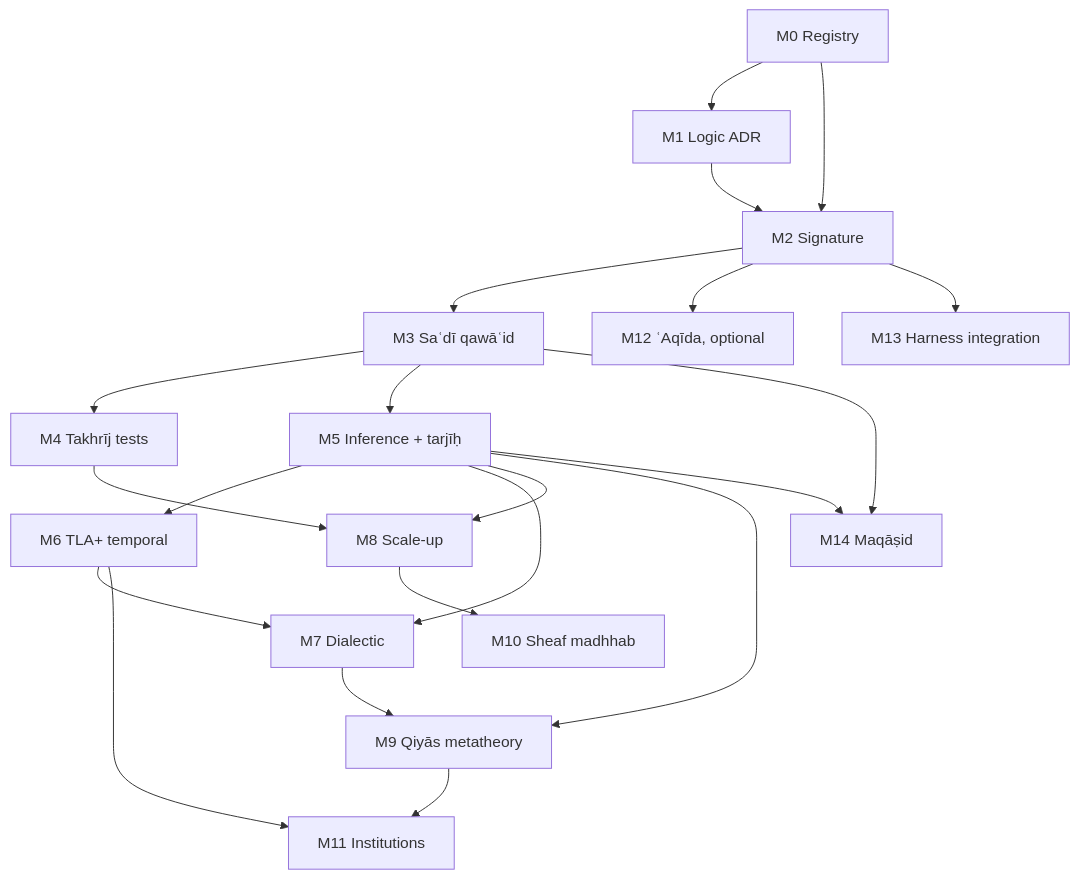
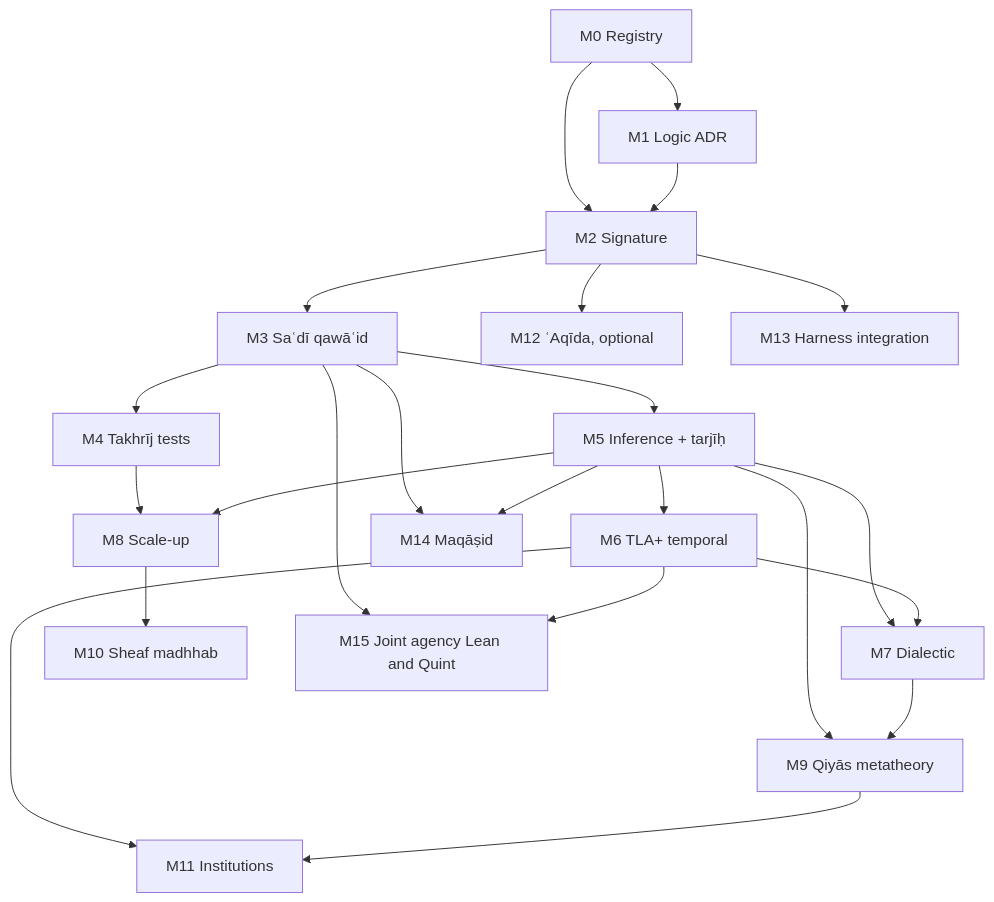
Before and after one commit to larsbx/usul-al-fiqh-deontic-circuits: the diagram in docs/roadmap-hanbali-usul-formalization.md, drawn with Mermaid. The commit also changed other lines of this file and 27 other files, not shown here.

Commit message:
Add source-linked joint-agency Lean and Quint pilot

````diff
--- a/docs/roadmap-hanbali-usul-formalization.md
+++ b/docs/roadmap-hanbali-usul-formalization.md
@@ -545,23 +560,25 @@
 ```mermaid
 graph TD
   M0[M0 Registry] --> M1[M1 Logic ADR]
   M0 --> M2[M2 Signature]
   M1 --> M2
   M2 --> M3[M3 Saʿdī qawāʿid]
   M3 --> M4[M4 Takhrīj tests]
   M3 --> M5[M5 Inference + tarjīḥ]
   M5 --> M6[M6 TLA+ temporal]
   M5 --> M7[M7 Dialectic]
   M6 --> M7
   M4 --> M8[M8 Scale-up]
   M5 --> M8
   M5 --> M9[M9 Qiyās metatheory]
   M7 --> M9
   M8 --> M10[M10 Sheaf madhhab]
   M6 --> M11[M11 Institutions]
   M9 --> M11
   M2 --> M12[M12 ʿAqīda, optional]
   M2 --> M13[M13 Harness integration]
   M3 --> M14[M14 Maqāṣid]
   M5 --> M14
+  M3 --> M15[M15 Joint agency Lean and Quint]
+  M6 --> M15
 ```
````
